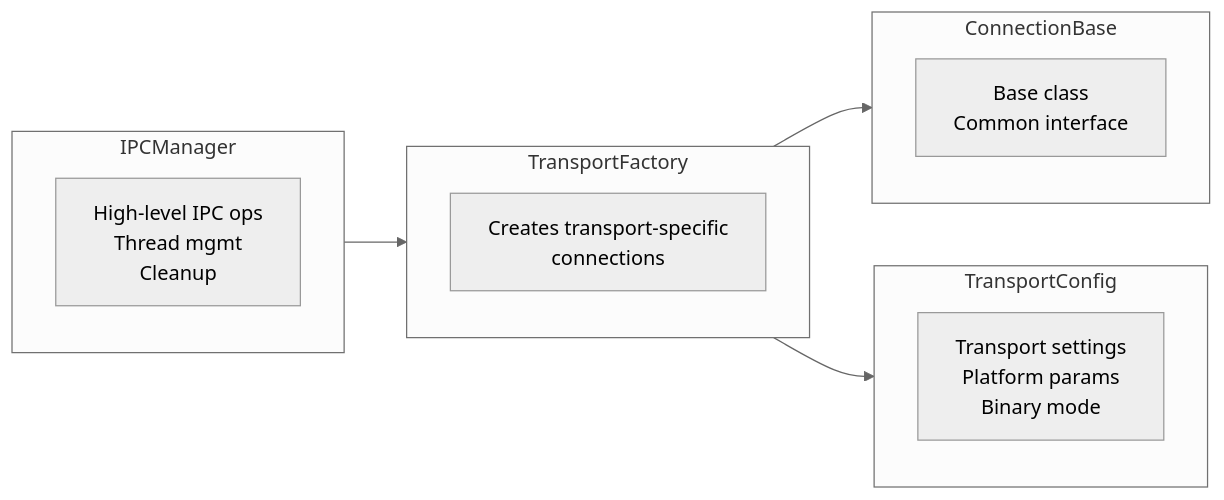
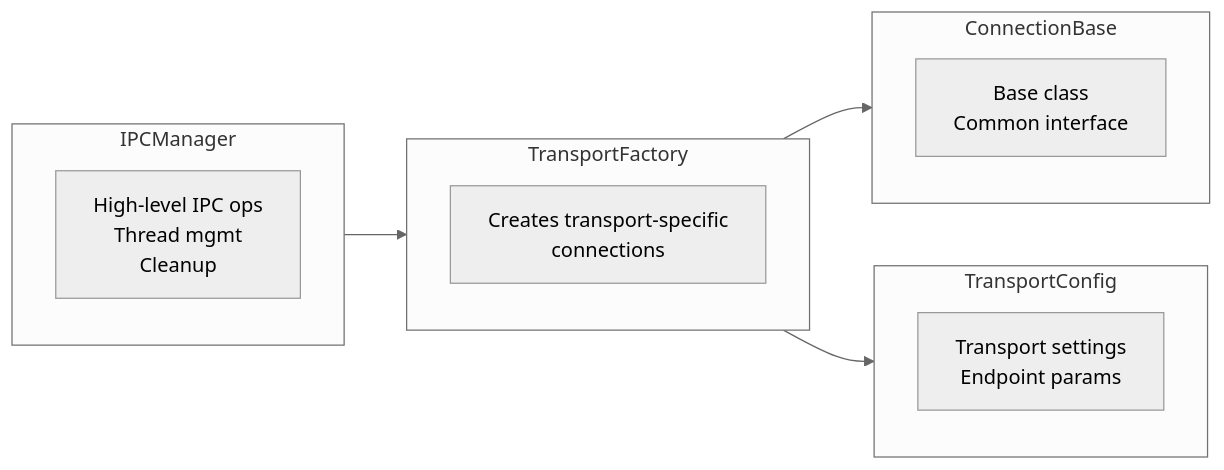
Before and after one commit to jnsquire/dapper: the diagram in doc/architecture/ipc.md, drawn with Mermaid (neutral theme). The commit also changed other lines of this file and 1 other file, not shown here.

Commit message:
docs: Update IPC transport architecture documentation for clarity and accuracy

````diff
--- a/doc/architecture/ipc.md
+++ b/doc/architecture/ipc.md
@@ -19,22 +28,22 @@
 ```mermaid
 flowchart LR
     subgraph IPCManager[IPCManager]
         direction TB
         A1["High‑level IPC ops<br>Thread mgmt<br>Cleanup"]
     end
     subgraph TransportFactory[TransportFactory]
         direction TB
         B1["Creates transport‑specific<br>connections"]
     end
     subgraph ConnectionBase[ConnectionBase]
         direction TB
         C1["Base class<br>Common interface"]
     end
     subgraph TransportConfig[TransportConfig]
         direction TB
-        D1["Transport settings<br>Platform params<br>Binary mode"]
+        D1["Transport settings<br>Endpoint params"]
     end
 
     IPCManager --> TransportFactory --> ConnectionBase
     TransportFactory --> TransportConfig
 ```
````
